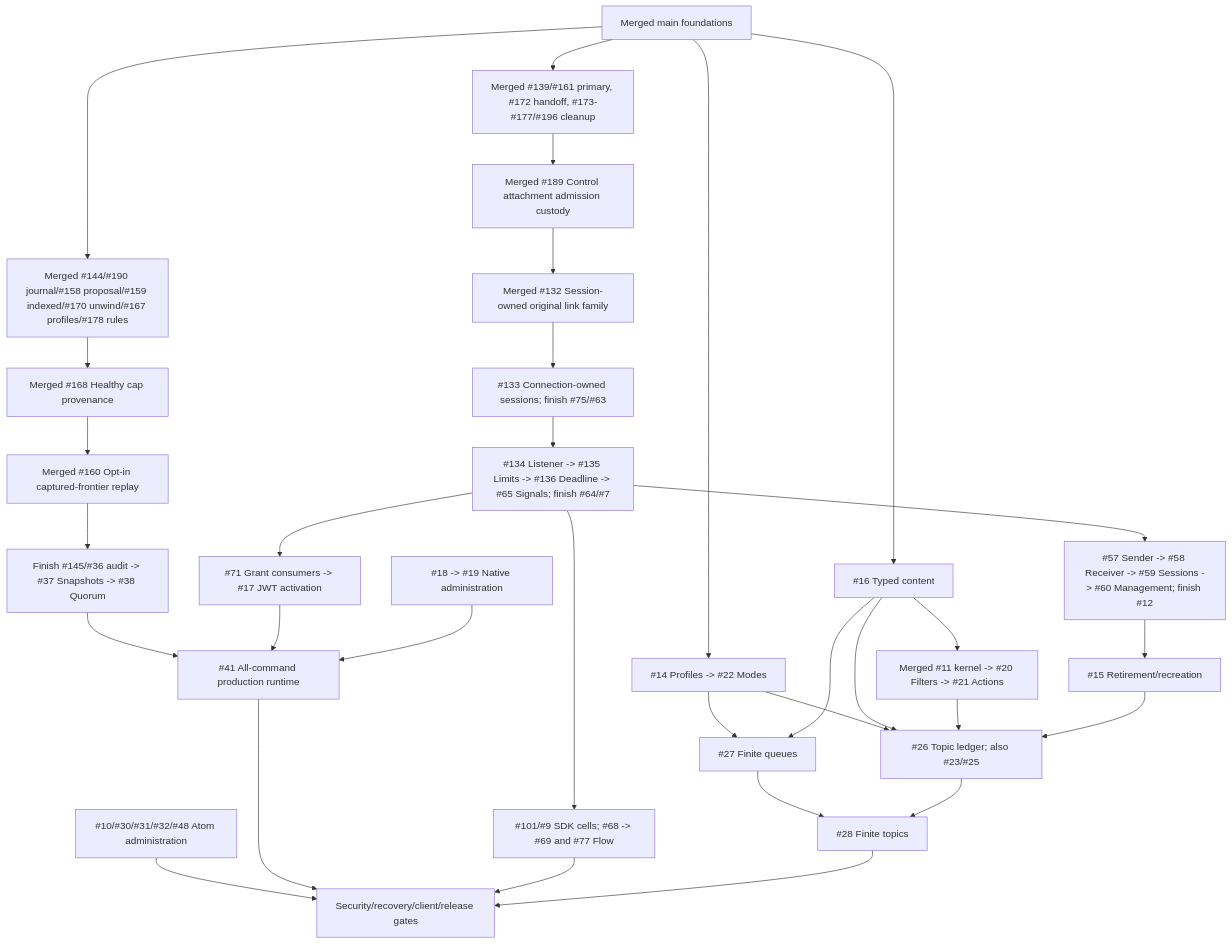
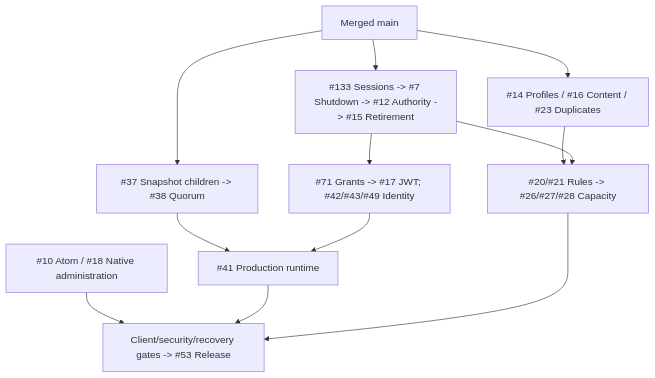
Before and after one commit to DeandreT/switchyard: the first of 2 diagrams in docs/roadmap.md, drawn with Mermaid. The commit also changed other lines of this file and 5 other files, not shown here.

````diff
--- a/docs/roadmap.md
+++ b/docs/roadmap.md
@@ -60,34 +32,14 @@
 ```mermaid
 flowchart TD
-    Main["Merged main foundations"] --> Lifecycle["Merged #139/#161 primary, #172 handoff, #173-#177/#196 cleanup"]
-    Lifecycle --> Control["Merged #189 Control attachment admission custody"]
-    Control --> Links["Merged #132 Session-owned original link family"]
-    Links --> Families["#133 Connection-owned sessions; finish #75/#63"]
-    Families --> Shutdown["#134 Listener -> #135 Limits -> #136 Deadline -> #65 Signals; finish #64/#7"]
-    Shutdown --> Authority["#57 Sender -> #58 Receiver -> #59 Sessions -> #60 Management; finish #12"]
-    Authority --> Delete["#15 Retirement/recreation"]
-    Shutdown --> Grants["#71 Grant consumers -> #17 JWT activation"]
-    Shutdown --> Clients["#101/#9 SDK cells; #68 -> #69 and #77 Flow"]
-    Main --> Profiles["#14 Profiles -> #22 Modes"]
-    Main --> Content["#16 Typed content"]
-    Content --> Rules["Merged #11 kernel -> #20 Filters -> #21 Actions"]
-    Profiles --> Queues["#27 Finite queues"]
-    Content --> Queues
-    Profiles --> Ledger["#26 Topic ledger; also #23/#25"]
-    Content --> Ledger
-    Rules --> Ledger
-    Delete --> Ledger
-    Queues --> Topics["#28 Finite topics"]
-    Ledger --> Topics
-    Main --> Durable["Merged #144/#190 journal/#158 proposal/#159 indexed/#170 unwind/#167 profiles/#178 rules"]
-    Durable --> Integrity["Merged #168 Healthy cap provenance"]
-    Integrity --> Replay["Merged #160 Opt-in captured-frontier replay"]
-    Replay --> Snapshots["Finish #145/#36 audit -> #37 Snapshots -> #38 Quorum"]
-    Snapshots --> Runtime["#41 All-command production runtime"]
-    Grants --> Runtime
-    Native["#18 -> #19 Native administration"] --> Runtime
-    Atom["#10/#30/#31/#32/#48 Atom administration"] --> Gates["Security/recovery/client/release gates"]
+    Main["Merged main"] --> Lifecycle["#133 Sessions -> #7 Shutdown -> #12 Authority -> #15 Retirement"]
+    Main --> Domain["#14 Profiles / #16 Content / #23 Duplicates"]
+    Domain --> Semantics["#20/#21 Rules -> #26/#27/#28 Capacity"]
+    Lifecycle --> Semantics
+    Main --> Recovery["#37 Snapshot children -> #38 Quorum"]
+    Recovery --> Runtime["#41 Production runtime"]
+    Lifecycle --> Security["#71 Grants -> #17 JWT; #42/#43/#49 Identity"]
+    Security --> Runtime
+    Admin["#10 Atom / #18 Native administration"] --> Gates["Client/security/recovery gates -> #53 Release"]
     Runtime --> Gates
-    Clients --> Gates
-    Topics --> Gates
+    Semantics --> Gates
 ```
````
